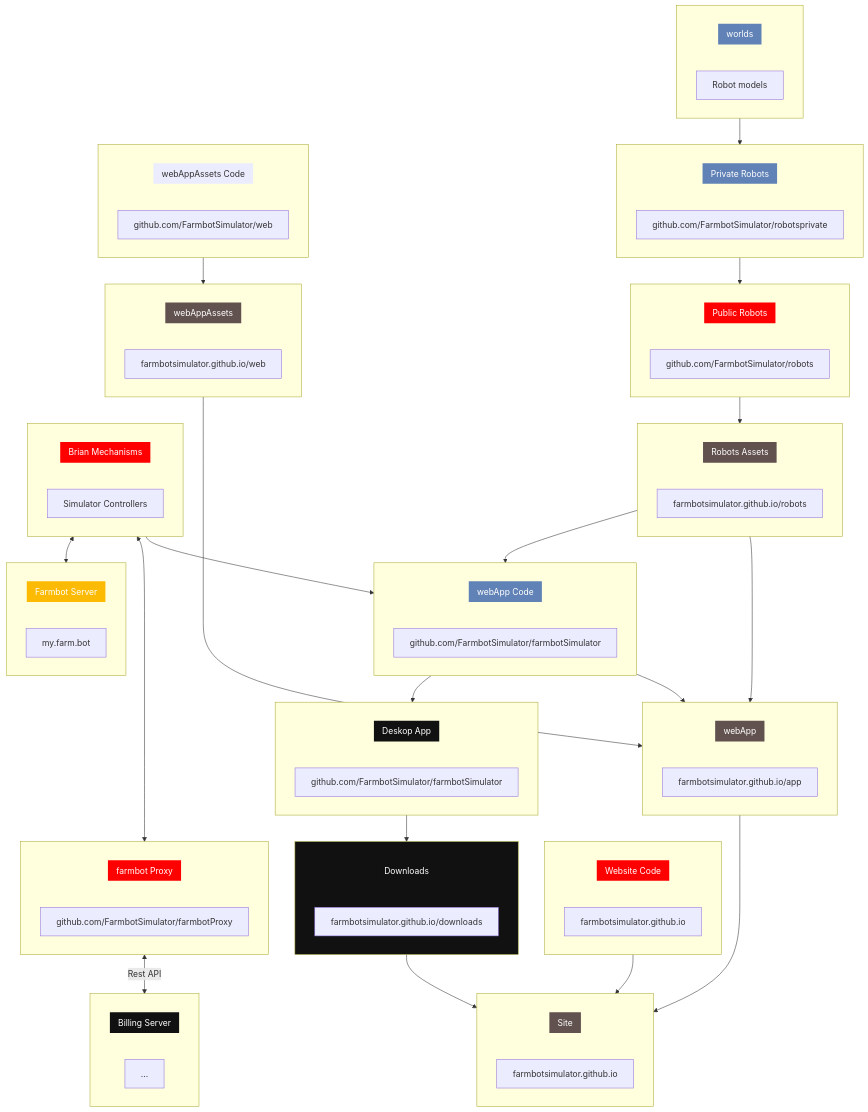
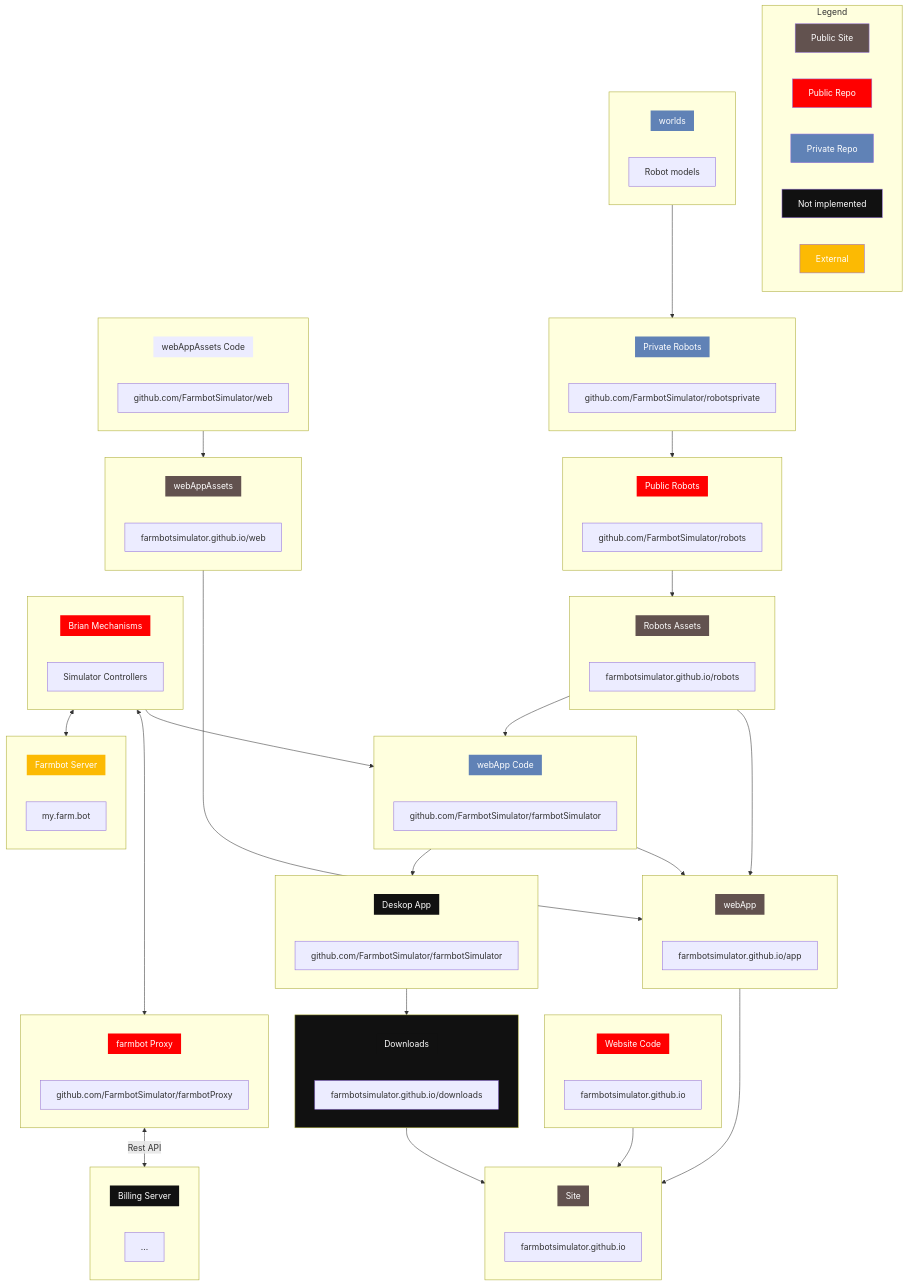
Before and after one commit to FarmbotSimulator/.github: the diagram in profile/README.md, drawn with Mermaid.

```diff
--- a/profile/README.md
+++ b/profile/README.md
@@ -22,6 +22,19 @@
 classDef red fill:#f00, color:#fff
 classDef green fill:#111, color:#fff
 classDef yellow fill:#fcba03, color:#fff
+
+subgraph Legend[Legend]
+    Legend1[Public Site]
+    Legend2[Public Repo]
+    Legend3[Private Repo]
+    Legend4[Not implemented]
+    Legend5[External]
+end
+class Legend1 gray
+class Legend2 red
+class Legend3 brightBlue
+class Legend4 green
+class Legend5 yellow
 
 subgraph worlds[ ]
     w_A[[worlds<br/> ]]
```
